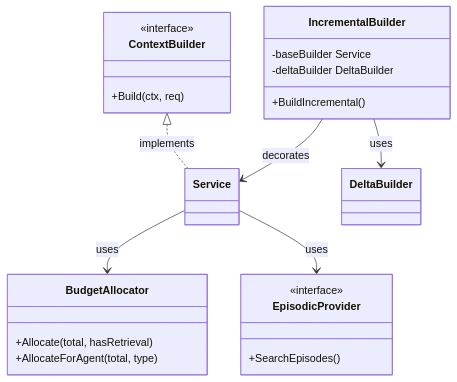
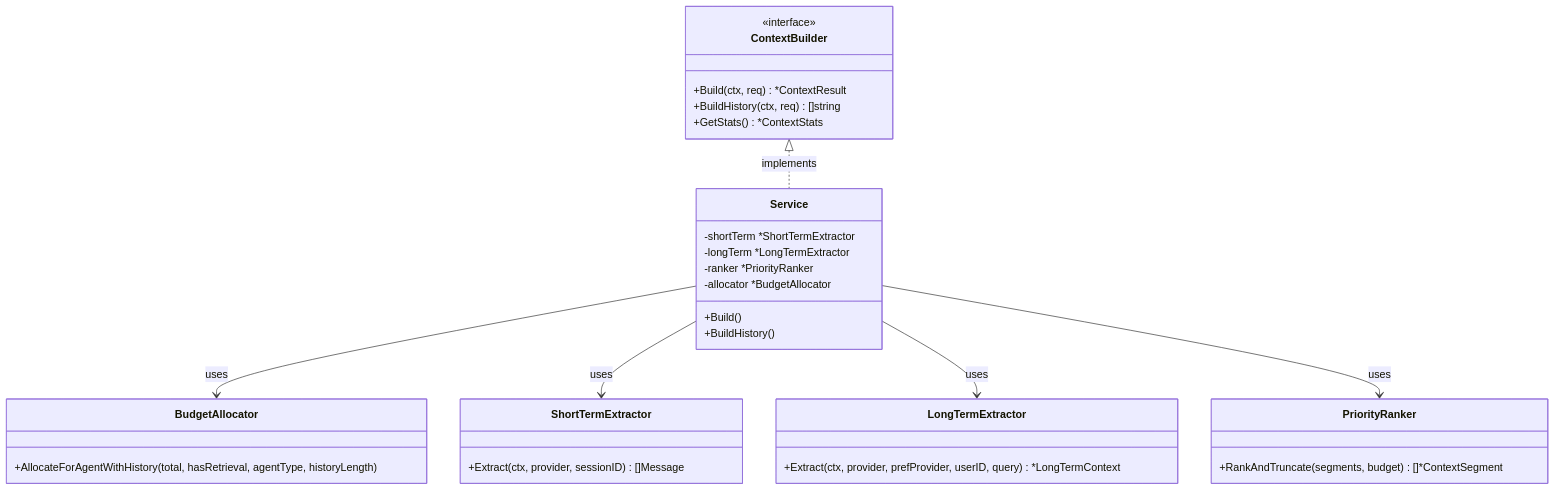
One commit to 88lin/divinesense changed the first of 2 diagrams in ai/context/README.md. Above: the diagram before and after it, drawn with Mermaid. The commit also changed other lines of this file and 27 other files, not shown here.

````diff
--- a/ai/context/README.md
+++ b/ai/context/README.md
@@ -7,26 +7,35 @@
 ```mermaid
 classDiagram
     class ContextBuilder {
         <<interface>>
-        +Build(ctx, req)
+        +Build(ctx, req) *ContextResult
+        +BuildHistory(ctx, req) []string
+        +GetStats() *ContextStats
     }
-    class IncrementalBuilder {
-        -baseBuilder Service
-        -deltaBuilder DeltaBuilder
-        +BuildIncremental()
+    class Service {
+        -shortTerm *ShortTermExtractor
+        -longTerm *LongTermExtractor
+        -ranker *PriorityRanker
+        -allocator *BudgetAllocator
+        +Build()
+        +BuildHistory()
     }
     class BudgetAllocator {
-        +Allocate(total, hasRetrieval)
-        +AllocateForAgent(total, type)
+        +AllocateForAgentWithHistory(total, hasRetrieval, agentType, historyLength)
     }
-    class EpisodicProvider {
-        <<interface>>
-        +SearchEpisodes()
+    class ShortTermExtractor {
+        +Extract(ctx, provider, sessionID) []Message
     }
-    
+    class LongTermExtractor {
+        +Extract(ctx, provider, prefProvider, userID, query) *LongTermContext
+    }
+    class PriorityRanker {
+        +RankAndTruncate(segments, budget) []*ContextSegment
+    }
+
     ContextBuilder <|.. Service : implements
     Service --> BudgetAllocator : uses
-    Service --> EpisodicProvider : uses
-    IncrementalBuilder --> Service : decorates
-    IncrementalBuilder --> DeltaBuilder : uses
+    Service --> ShortTermExtractor : uses
+    Service --> LongTermExtractor : uses
+    Service --> PriorityRanker : uses
 ```
````
